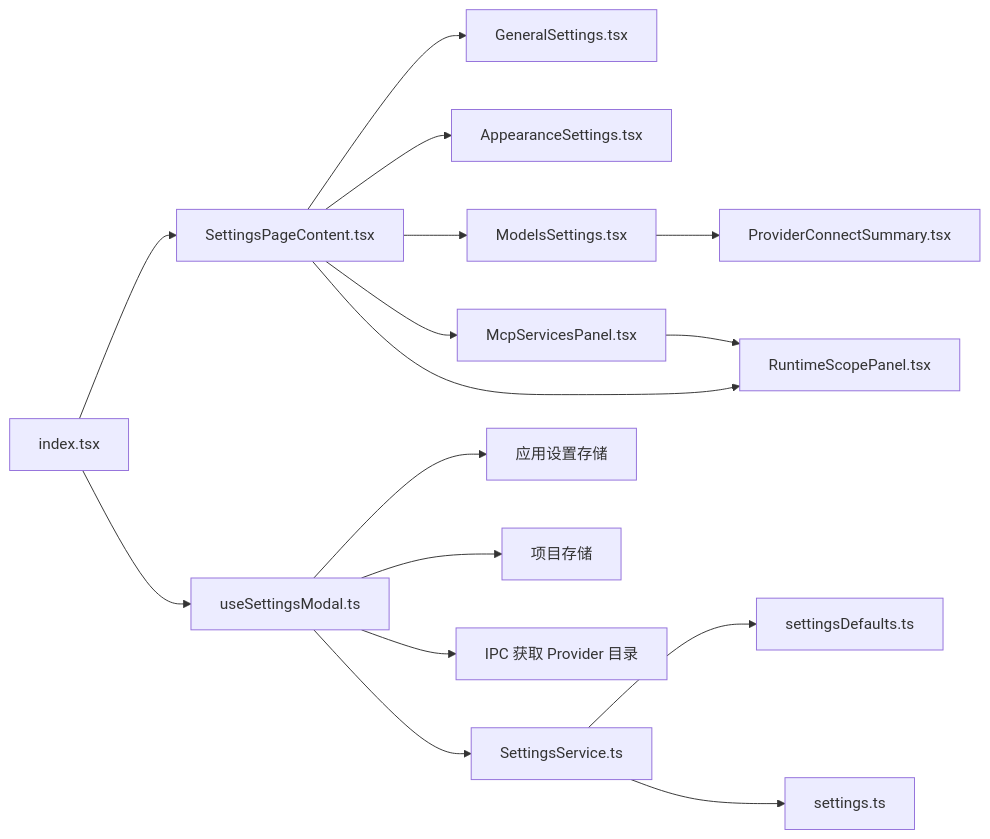
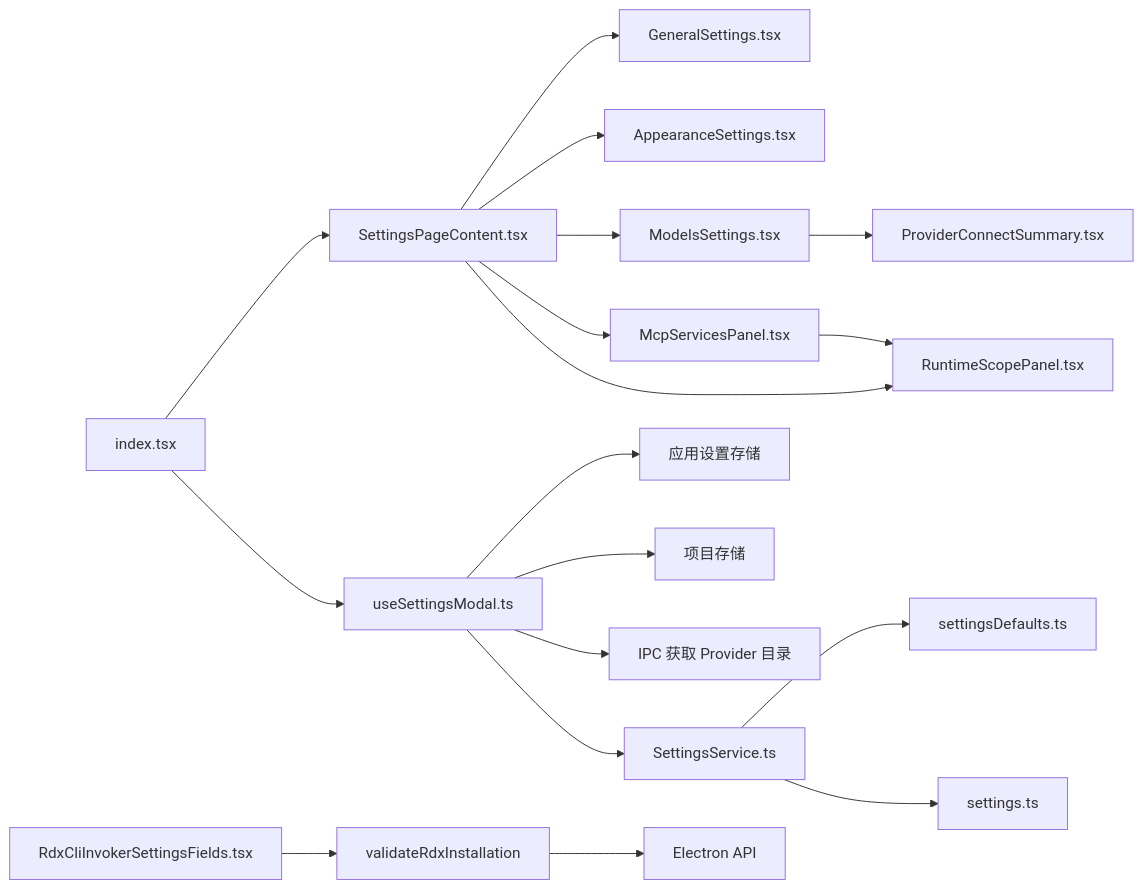
The fourth of 4 diagrams in .qoder/repowiki/zh/content/用户界面/设置面板/设置面板.md (haolange/RDC-Agent), drawn with Mermaid before and after one commit. The commit also changed other lines of this file and 221 other files, not shown here.

````diff
--- a/.qoder/repowiki/zh/content/用户界面/设置面板/设置面板.md
+++ b/.qoder/repowiki/zh/content/用户界面/设置面板/设置面板.md
@@ -315,18 +338,20 @@
 ```mermaid
 graph LR
 IM["index.tsx"] --> SP["SettingsPageContent.tsx"]
 SP --> GS["GeneralSettings.tsx"]
 SP --> AS["AppearanceSettings.tsx"]
 SP --> MS["ModelsSettings.tsx"]
 SP --> MSP["McpServicesPanel.tsx"]
 SP --> RSP["RuntimeScopePanel.tsx"]
 MSP --> RSP
 MS --> PCS["ProviderConnectSummary.tsx"]
 IM --> USM["useSettingsModal.ts"]
 USM --> ST["应用设置存储"]
 USM --> PS["项目存储"]
 USM --> IPC["IPC 获取 Provider 目录"]
 USM --> SS["SettingsService.ts"]
 SS --> SD["settingsDefaults.ts"]
 SS --> STY["settings.ts"]
+RSF["RdxCliInvokerSettingsFields.tsx"] --> VI["validateRdxInstallation"]
+VI --> EA["Electron API"]
 ```
````
